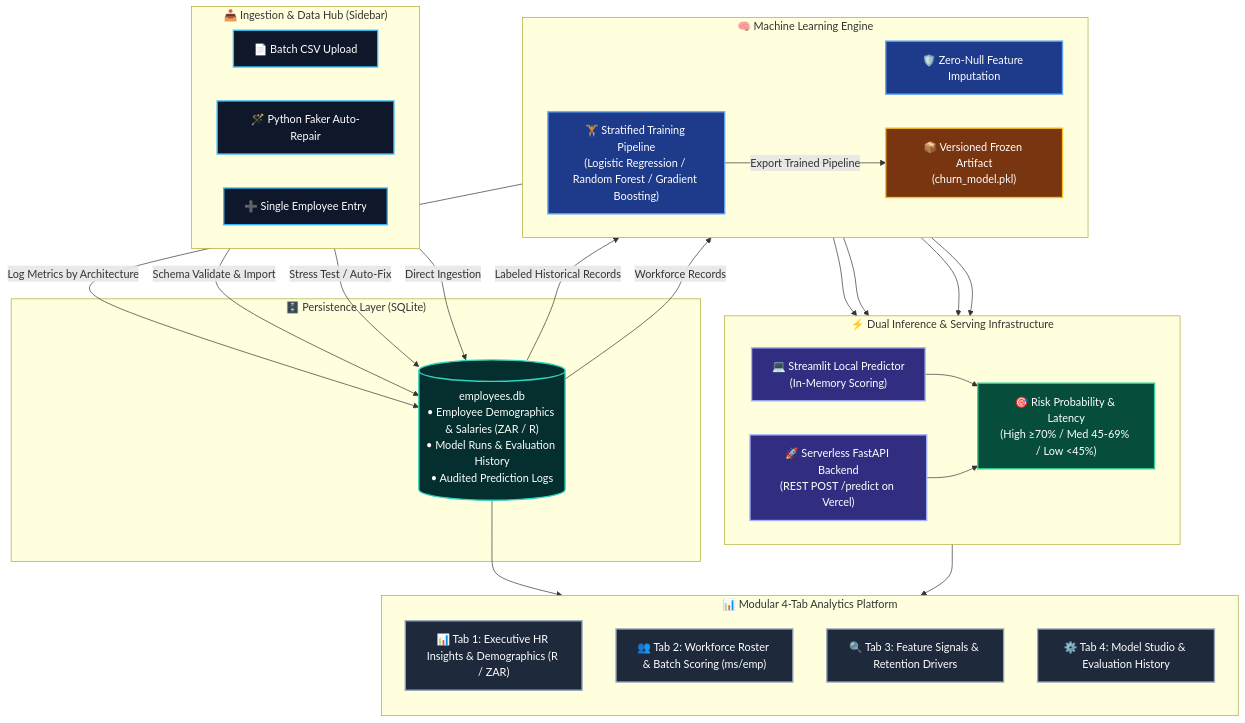
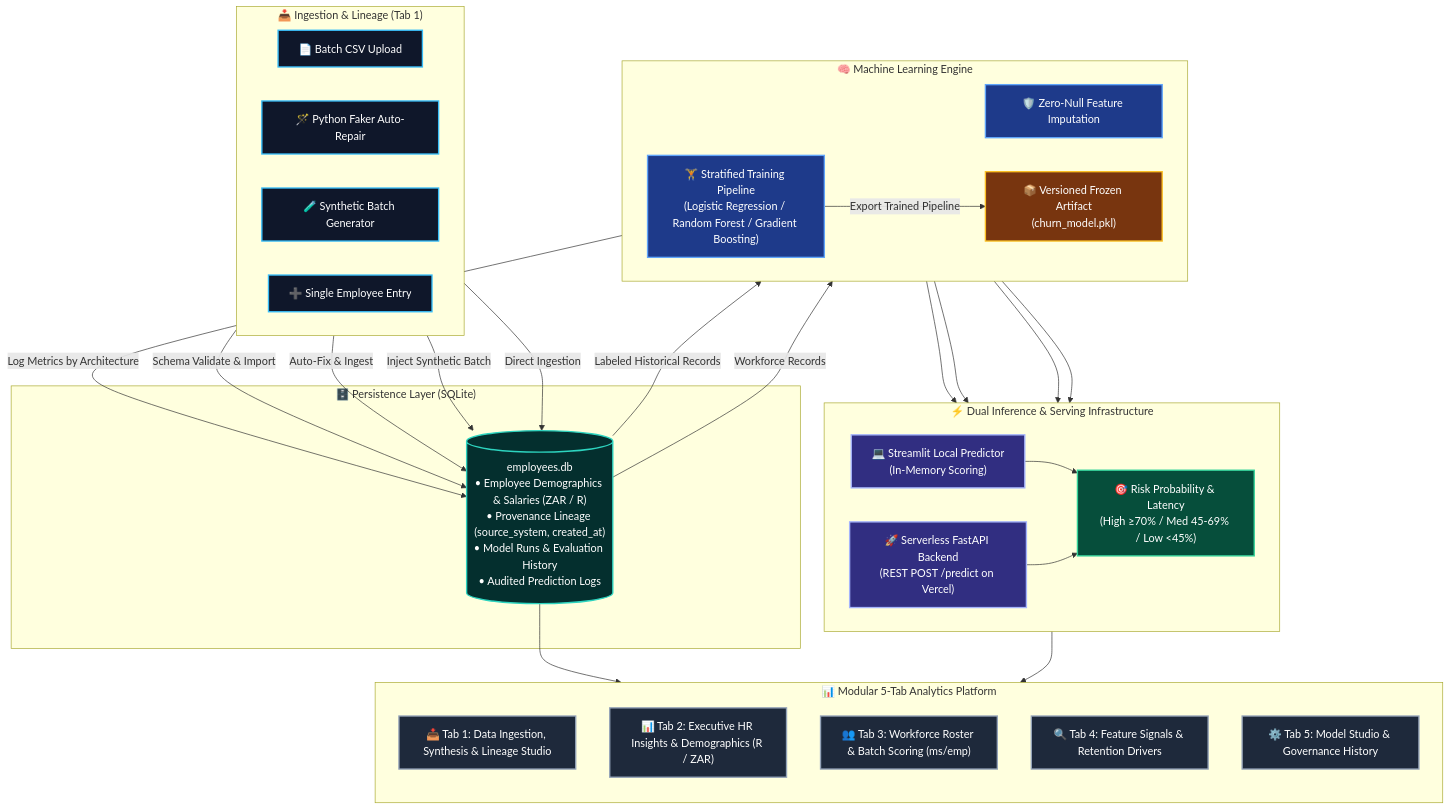
The first of 7 diagrams in README.md (Shotza247/Employee_Full-Stack_Churn_ML), drawn with Mermaid before and after one commit. The commit also changed other lines of this file, not shown here.

Commit message:
docs: finalize repository structure and 5-tab system overview in README

````diff
--- a/README.md
+++ b/README.md
@@ -11,71 +11,74 @@
 ```mermaid
 flowchart TB
-    subgraph INGEST ["📥 Ingestion & Data Hub (Sidebar)"]
+    subgraph INGEST ["📥 Ingestion & Lineage (Tab 1)"]
         direction LR
         CSV["📄 Batch CSV Upload"]
         FAKER["🪄 Python Faker Auto-Repair"]
+        SYNTH["🧪 Synthetic Batch Generator"]
         MANUAL["➕ Single Employee Entry"]
     end
 
     subgraph STORAGE ["🗄️ Persistence Layer (SQLite)"]
-        DB[("employees.db<br/>• Employee Demographics & Salaries (ZAR / R)<br/>• Model Runs & Evaluation History<br/>• Audited Prediction Logs")]
+        DB[("employees.db<br/>• Employee Demographics & Salaries (ZAR / R)<br/>• Provenance Lineage (source_system, created_at)<br/>• Model Runs & Evaluation History<br/>• Audited Prediction Logs")]
     end
 
     subgraph ML_CORE ["🧠 Machine Learning Engine"]
         direction LR
         IMPUTE["🛡️ Zero-Null Feature Imputation"]
         TRAIN["🏋️ Stratified Training Pipeline<br/>(Logistic Regression / Random Forest / Gradient Boosting)"]
         MODEL["📦 Versioned Frozen Artifact<br/>(churn_model.pkl)"]
     end
 
     subgraph SERVING ["⚡ Dual Inference & Serving Infrastructure"]
         direction LR
         ST_PREDICT["💻 Streamlit Local Predictor<br/>(In-Memory Scoring)"]
         FAST_API["🚀 Serverless FastAPI Backend<br/>(REST POST /predict on Vercel)"]
         RESULT["🎯 Risk Probability & Latency<br/>(High ≥70% / Med 45-69% / Low <45%)"]
     end
 
-    subgraph DASHBOARD ["📊 Modular 4-Tab Analytics Platform"]
+    subgraph DASHBOARD ["📊 Modular 5-Tab Analytics Platform"]
         direction TB
-        T1["📊 Tab 1: Executive HR Insights & Demographics (R / ZAR)"]
-        T2["👥 Tab 2: Workforce Roster & Batch Scoring (ms/emp)"]
-        T3["🔍 Tab 3: Feature Signals & Retention Drivers"]
-        T4["⚙️ Tab 4: Model Studio & Evaluation History"]
+        T1["📥 Tab 1: Data Ingestion, Synthesis & Lineage Studio"]
+        T2["📊 Tab 2: Executive HR Insights & Demographics (R / ZAR)"]
+        T3["👥 Tab 3: Workforce Roster & Batch Scoring (ms/emp)"]
+        T4["🔍 Tab 4: Feature Signals & Retention Drivers"]
+        T5["⚙️ Tab 5: Model Studio & Governance History"]
     end
 
     CSV -->|"Schema Validate & Import"| DB
-    FAKER -->|"Stress Test / Auto-Fix"| DB
+    FAKER -->|"Auto-Fix & Ingest"| DB
+    SYNTH -->|"Inject Synthetic Batch"| DB
     MANUAL -->|"Direct Ingestion"| DB
 
     DB -->|"Labeled Historical Records"| TRAIN
     TRAIN -->|"Export Trained Pipeline"| MODEL
     TRAIN -->|"Log Metrics by Architecture"| DB
 
     DB -->|"Workforce Records"| IMPUTE
     IMPUTE --> ST_PREDICT
     IMPUTE --> FAST_API
     MODEL --> ST_PREDICT
     MODEL --> FAST_API
 
     ST_PREDICT --> RESULT
     FAST_API --> RESULT
 
     RESULT --> DASHBOARD
     DB --> DASHBOARD
 
     classDef ingestNode fill:#0F172A,stroke:#38BDF8,stroke-width:2px,color:#ffffff;
     classDef dbNode fill:#042F2E,stroke:#2DD4BF,stroke-width:2px,color:#ffffff;
     classDef mlNode fill:#1E3A8A,stroke:#60A5FA,stroke-width:2px,color:#ffffff;
     classDef modelNode fill:#78350F,stroke:#FBBF24,stroke-width:2px,color:#ffffff;
     classDef serveNode fill:#312E81,stroke:#A5B4FC,stroke-width:2px,color:#ffffff;
     classDef resultNode fill:#064E3B,stroke:#34D399,stroke-width:2px,color:#ffffff;
     classDef tabNode fill:#1E293B,stroke:#94A3B8,stroke-width:2px,color:#ffffff;
 
-    class CSV,FAKER,MANUAL ingestNode;
+    class CSV,FAKER,SYNTH,MANUAL ingestNode;
     class DB dbNode;
     class IMPUTE,TRAIN mlNode;
     class MODEL modelNode;
     class ST_PREDICT,FAST_API serveNode;
     class RESULT resultNode;
-    class T1,T2,T3,T4 tabNode;
+    class T1,T2,T3,T4,T5 tabNode;
 ```
````
